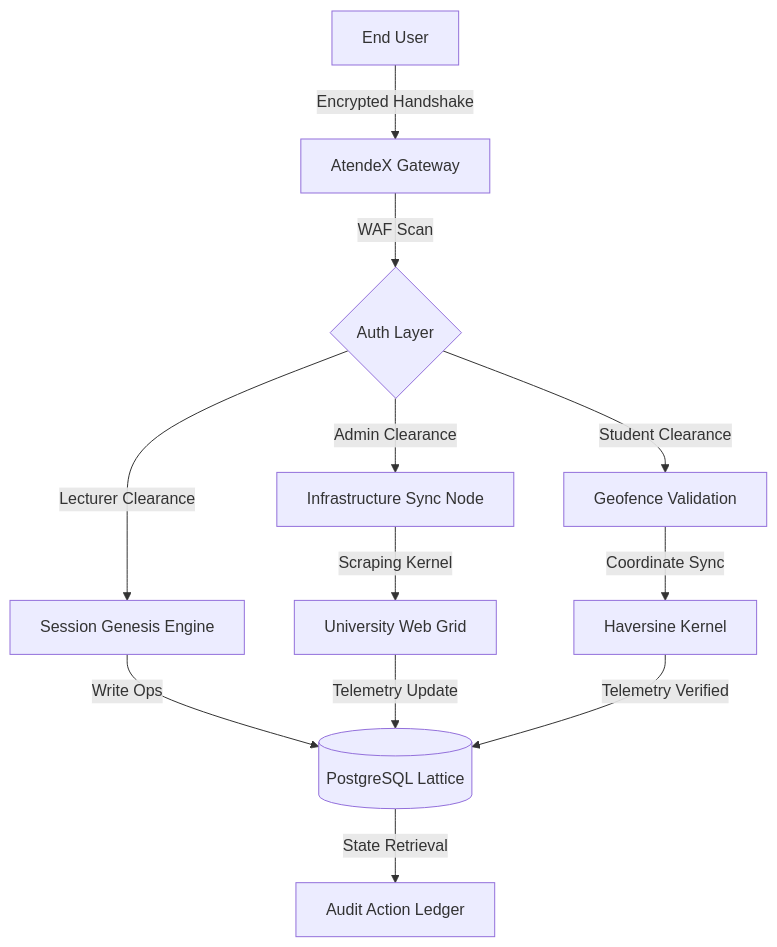
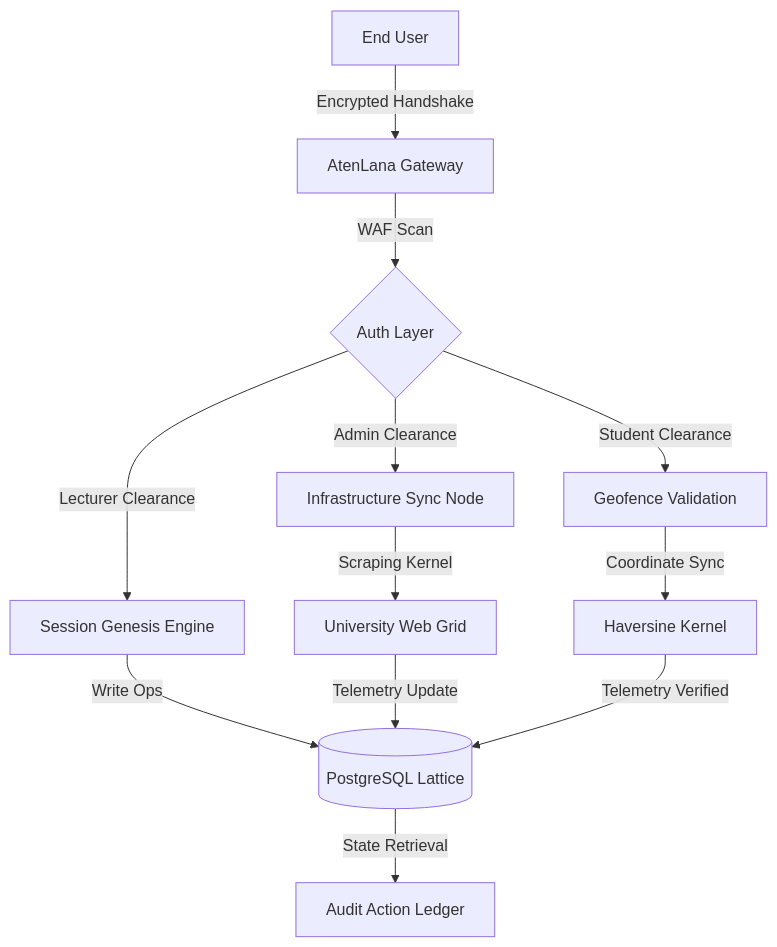
One commit to Omonire/AtenLana changed the diagram in README.md. Above: the diagram before and after it, drawn with Mermaid. The commit also changed other lines of this file and 22 other files, not shown here.

First line of the commit message:
rebrand: AtendeX -> AtenLana across entire codebase

````diff
--- a/README.md
+++ b/README.md
@@ -55,14 +55,14 @@
 ```mermaid
 graph TD
-    A[End User] -->|Encrypted Handshake| B[AtendeX Gateway]
+    A[End User] -->|Encrypted Handshake| B[AtenLana Gateway]
     B -->|WAF Scan| C{Auth Layer}
     C -->|Student Clearance| D[Geofence Validation]
     C -->|Lecturer Clearance| E[Session Genesis Engine]
     C -->|Admin Clearance| I[Infrastructure Sync Node]
     D -->|Coordinate Sync| F[Haversine Kernel]
     E -->|Write Ops| G[(PostgreSQL Lattice)]
     I -->|Scraping Kernel| J[University Web Grid]
     J -->|Telemetry Update| G
     F -->|Telemetry Verified| G
     G -->|State Retrieval| H[Audit Action Ledger]
 ```
````
